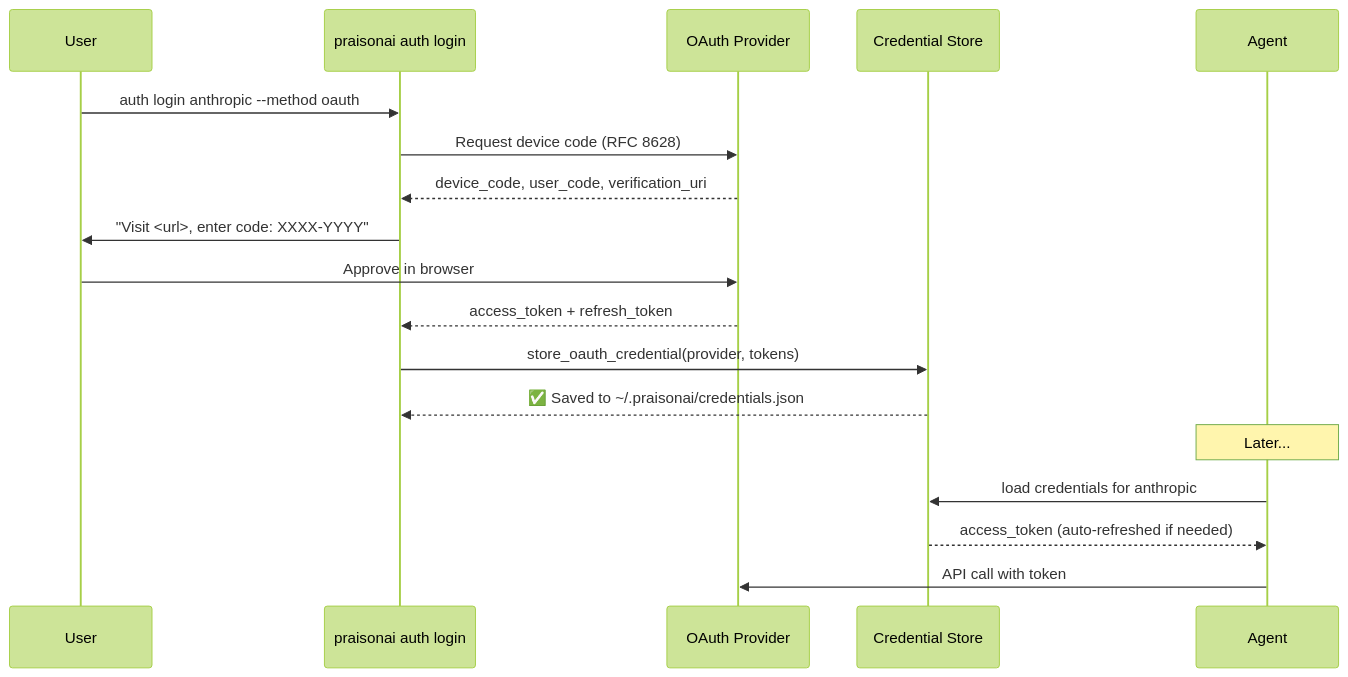
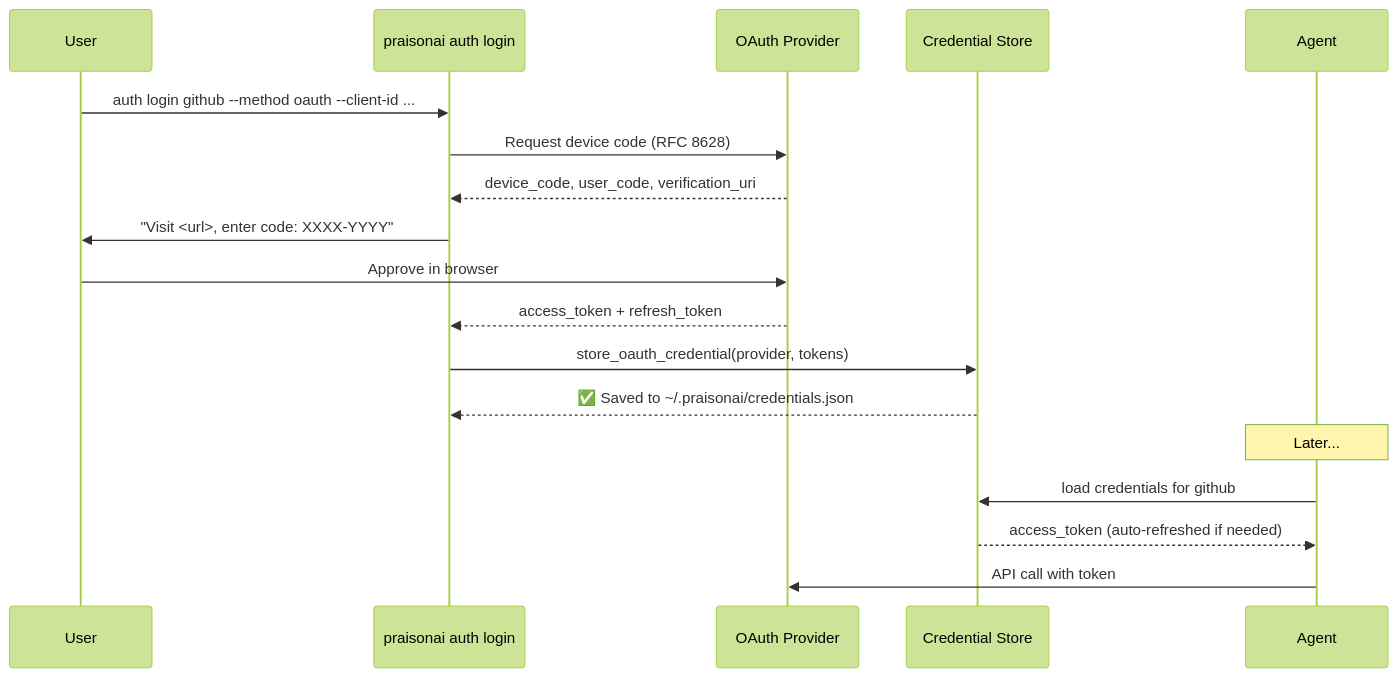
The second of 2 diagrams in docs/features/cli-oauth-login.mdx (MervinPraison/PraisonAIDocs), drawn with Mermaid (forest theme) before and after one commit. The commit also changed other lines of this file and 1 other file, not shown here.

First line of the commit message:
docs: update auth OAuth registry (github/google/gemini/azure) and new --client-id flags (fixes #1789)

````diff
--- a/docs/features/cli-oauth-login.mdx
+++ b/docs/features/cli-oauth-login.mdx
@@ -118,22 +121,22 @@
 ```mermaid
 sequenceDiagram
     participant User
     participant CLI as praisonai auth login
     participant OAuth as OAuth Provider
     participant Store as Credential Store
     participant Agent
 
-    User->>CLI: auth login anthropic --method oauth
+    User->>CLI: auth login github --method oauth --client-id ...
     CLI->>OAuth: Request device code (RFC 8628)
     OAuth-->>CLI: device_code, user_code, verification_uri
     CLI->>User: "Visit <url>, enter code: XXXX-YYYY"
     User->>OAuth: Approve in browser
     OAuth-->>CLI: access_token + refresh_token
     CLI->>Store: store_oauth_credential(provider, tokens)
     Store-->>CLI: ✅ Saved to ~/.praisonai/credentials.json
 
     Note over Agent: Later...
-    Agent->>Store: load credentials for anthropic
+    Agent->>Store: load credentials for github
     Store-->>Agent: access_token (auto-refreshed if needed)
     Agent->>OAuth: API call with token
 ```
````
